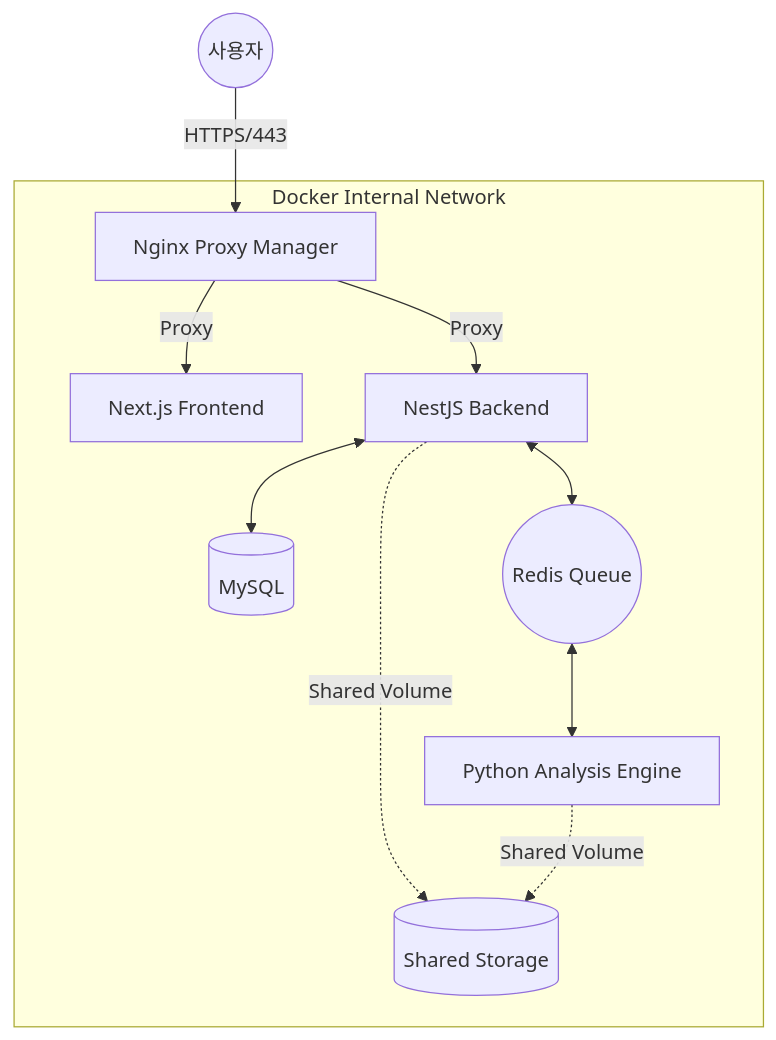
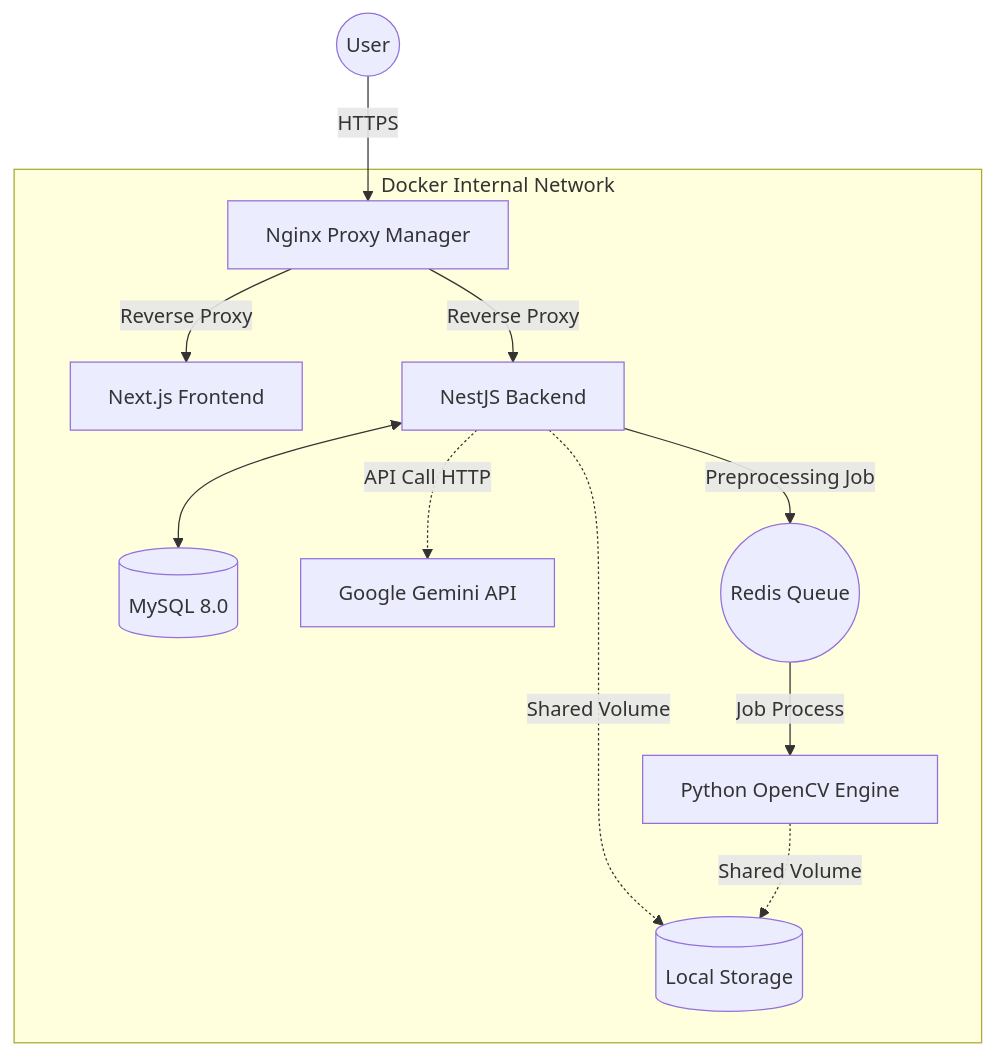
Before and after one commit to ParkSangBong/drawing-project: the diagram in README.md, drawn with Mermaid. The commit also changed other lines of this file, not shown here.

````diff
--- a/README.md
+++ b/README.md
@@ -37,15 +57,22 @@
 ```mermaid
-graph TD
-    User((사용자)) -->|HTTPS/443| NPM[Nginx Proxy Manager]
+flowchart TD
+    User((User)) -->|HTTPS| NPM[Nginx Proxy Manager]
     
     subgraph "Docker Internal Network"
-        NPM -->|Proxy| Front[Next.js Frontend]
-        NPM -->|Proxy| Back[NestJS Backend]
-        Back <--> DB[(MySQL)]
-        Back <--> Redis((Redis Queue))
-        Redis <--> Engine[Python Analysis Engine]
+        NPM -->|Reverse Proxy| Front[Next.js Frontend]
+        NPM -->|Reverse Proxy| Back[NestJS Backend]
         
-        Back -.->|Shared Volume| Storage[(Shared Storage)]
+        Back <--> DB[(MySQL 8.0)]
+        
+        %% 괄호 '()'가 파싱 오류를 일으킬 수 있어 제거하거나 이스케이프해야 함
+        Back -.->|API Call HTTP| Gemini[Google Gemini API]
+        
+        %% 라벨 문법 통일 (-->|Text|)
+        Back -->|Preprocessing Job| Redis((Redis Queue))
+        Redis -->|Job Process| Engine[Python OpenCV Engine]
+        
+        %% 파일 공유
+        Back -.->|Shared Volume| Storage[(Local Storage)]
         Engine -.->|Shared Volume| Storage
     end
 ```
````
